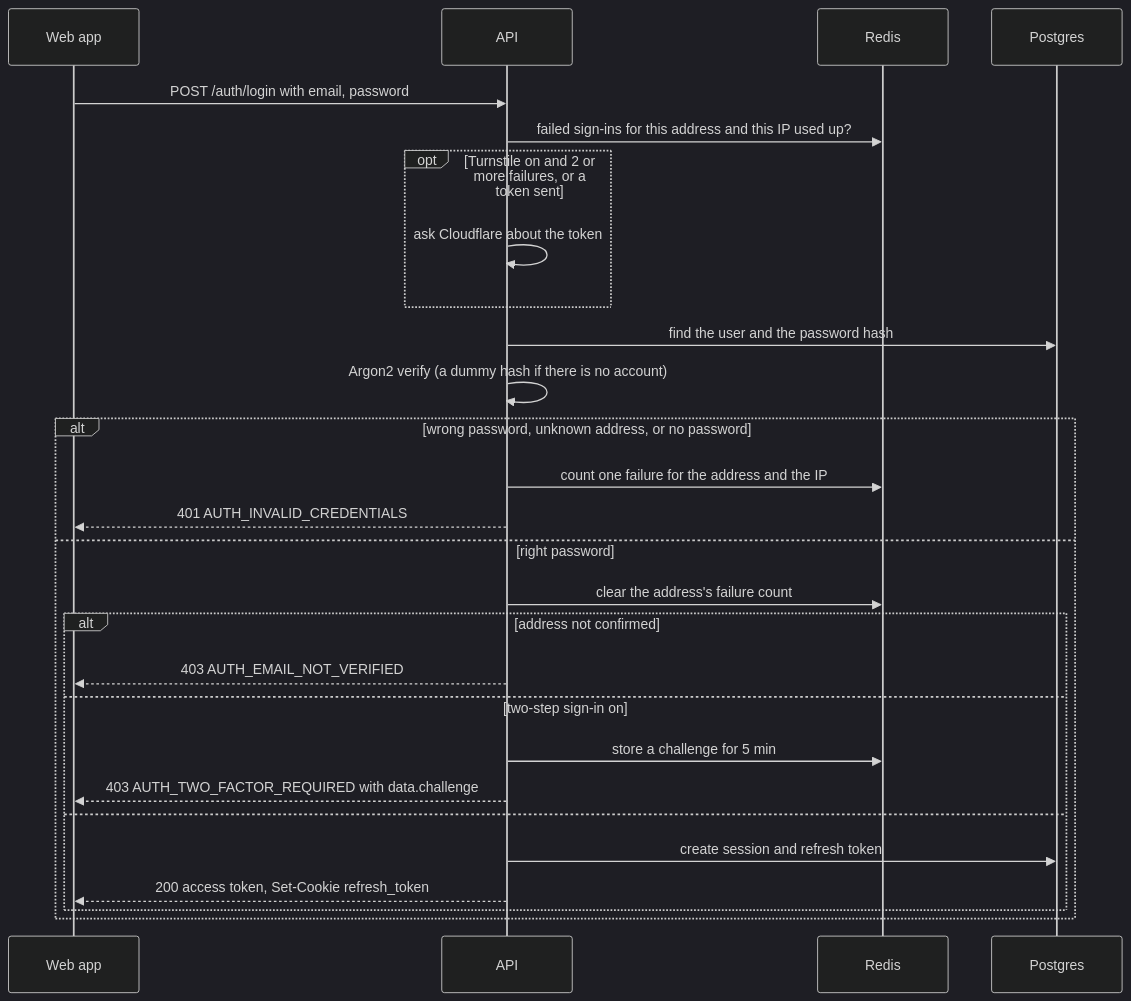
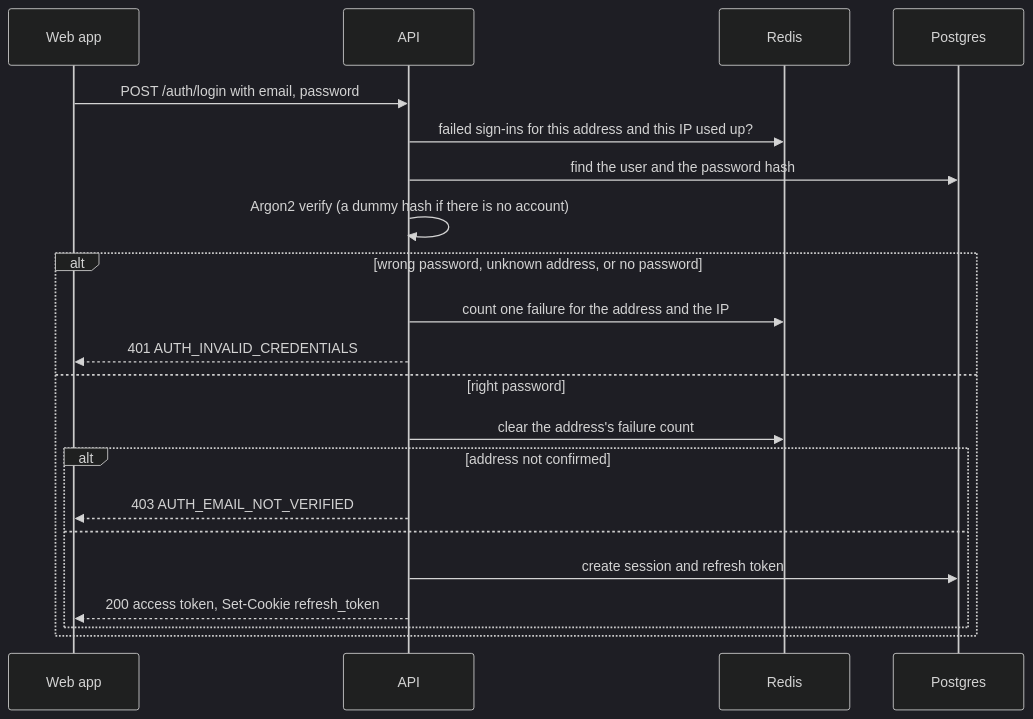
One commit to StoriuSs/NezFocus-Backend changed the second of 11 diagrams in docs/auth/flows.md. Above: the diagram before and after it, drawn with Mermaid (dark theme). The commit also changed other lines of this file and 177 other files, not shown here.

First line of the commit message:
refactor(auth): remove two-step sign-in and Turnstile

````diff
--- a/docs/auth/flows.md
+++ b/docs/auth/flows.md
@@ -176,29 +163,23 @@
 ```mermaid
 sequenceDiagram
     participant W as Web app
     participant A as API
     participant R as Redis
     participant P as Postgres
     W->>A: POST /auth/login with email, password
     A->>R: failed sign-ins for this address and this IP used up?
-    opt Turnstile on and 2 or more failures, or a token sent
-        A->>A: ask Cloudflare about the token
-    end
     A->>P: find the user and the password hash
     A->>A: Argon2 verify (a dummy hash if there is no account)
     alt wrong password, unknown address, or no password
         A->>R: count one failure for the address and the IP
         A-->>W: 401 AUTH_INVALID_CREDENTIALS
     else right password
         A->>R: clear the address's failure count
         alt address not confirmed
             A-->>W: 403 AUTH_EMAIL_NOT_VERIFIED
-        else two-step sign-in on
-            A->>R: store a challenge for 5 min
-            A-->>W: 403 AUTH_TWO_FACTOR_REQUIRED with data.challenge
         else
             A->>P: create session and refresh token
             A-->>W: 200 access token, Set-Cookie refresh_token
         end
     end
 ```
````
